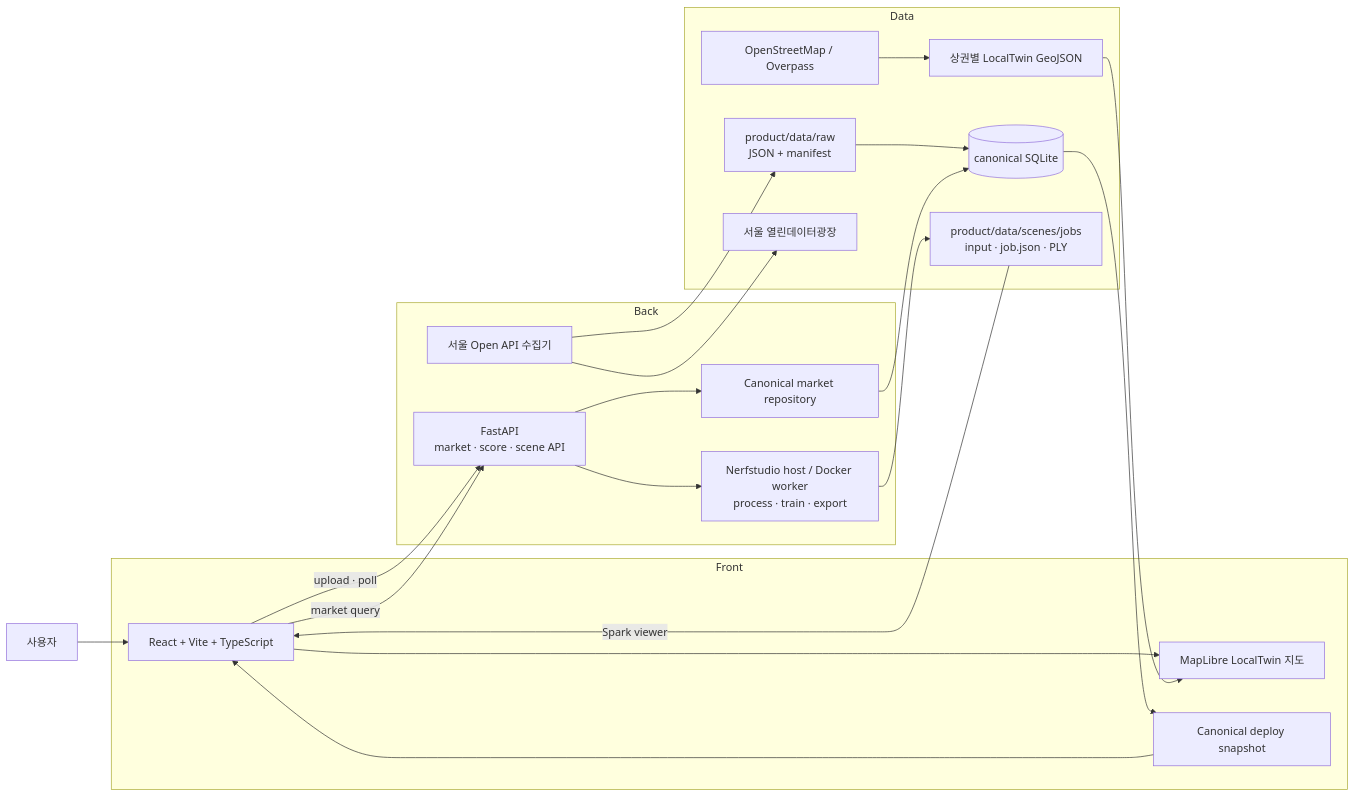
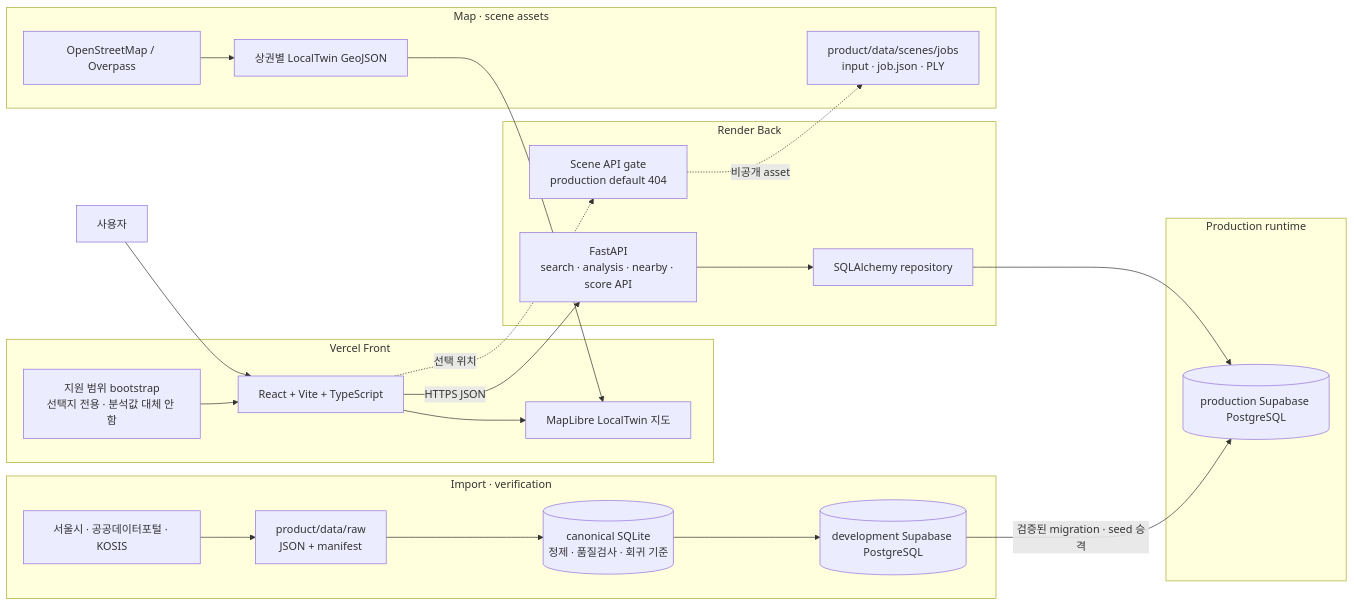
The first of 2 diagrams in docs/development/architecture.md (Mureung1/hub-showcase), drawn with Mermaid before and after one commit. The commit also changed other lines of this file and 1 other file, not shown here.

Commit message:
docs(architecture): reflect public runtime data flow
why:
- Keep the architecture and database diagrams aligned with the deployed Vercel, Render, and production Supabase path.

verify:
- Docs HTML and local link checks passed; docs index check passed; git diff --check passed.

````diff
--- a/docs/development/architecture.md
+++ b/docs/development/architecture.md
@@ -20,40 +20,44 @@
 ```mermaid
 flowchart LR
   user["사용자"]
 
-  subgraph front["Front"]
+  subgraph front["Vercel Front"]
     web["React + Vite + TypeScript"]
     map["MapLibre LocalTwin 지도"]
-    fallback["Canonical deploy snapshot"]
+    bootstrap["지원 범위 bootstrap\n선택지 전용 · 분석값 대체 안 함"]
   end
 
-  subgraph back["Back"]
-    api["FastAPI\nmarket · score · scene API"]
-    marketRepo["Canonical market repository"]
-    collector["서울 Open API 수집기"]
-    sceneWorker["Nerfstudio host / Docker worker\nprocess · train · export"]
+  subgraph back["Render Back"]
+    api["FastAPI\nsearch · analysis · nearby · score API"]
+    marketRepo["SQLAlchemy repository"]
+    sceneGate["Scene API gate\nproduction default 404"]
   end
 
-  subgraph data["Data"]
+  subgraph runtime["Production runtime"]
+    pg[("production Supabase PostgreSQL")]
+  end
+
+  subgraph pipeline["Import · verification"]
+    public["서울시 · 공공데이터포털 · KOSIS"]
     raw["product/data/raw\nJSON + manifest"]
-    db[("canonical SQLite")]
+    canonical[("canonical SQLite\n정제 · 품질검사 · 회귀 기준")]
+    devpg[("development Supabase PostgreSQL")]
+  end
+
+  subgraph mapData["Map · scene assets"]
     osm["OpenStreetMap / Overpass"]
-    mapdata["상권별 LocalTwin GeoJSON"]
-    seoul["서울 열린데이터광장"]
+    geojson["상권별 LocalTwin GeoJSON"]
     sceneJobs["product/data/scenes/jobs\ninput · job.json · PLY"]
   end
 
   user --> web
+  bootstrap --> web
   web --> map
-  db --> fallback --> web
-  osm --> mapdata --> map
-  collector --> seoul
-  collector --> raw
-  web -->|"upload · poll"| api
-  web -->|"market query"| api
-  raw --> db
-  api --> marketRepo --> db
-  api --> sceneWorker
-  sceneWorker --> sceneJobs
-  sceneJobs -->|"Spark viewer"| web
+  osm --> geojson --> map
+  web -->|"HTTPS JSON"| api
+  api --> marketRepo --> pg
+  web -. "선택 위치" .-> sceneGate
+  public --> raw --> canonical --> devpg
+  devpg -->|"검증된 migration · seed 승격"| pg
+  sceneGate -. "비공개 asset" .-> sceneJobs
 ```
````
